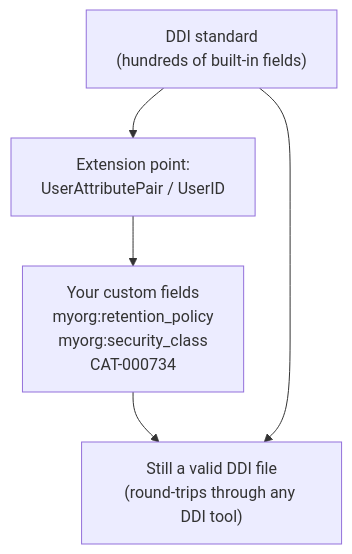
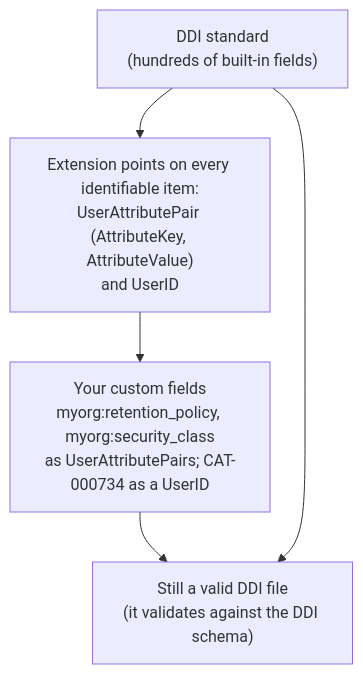
Before and after one commit to pbisson44/ddi-l: the diagram in docs/curriculum/module-14-custom-fields.en.md, drawn with Mermaid. The commit also changed other lines of this file and 597 other files, not shown here.

````diff
--- a/docs/curriculum/module-14-custom-fields.en.md
+++ b/docs/curriculum/module-14-custom-fields.en.md
@@ -293,12 +90,12 @@
 ```mermaid
 flowchart TD
     STD["DDI standard\n(hundreds of built-in fields)"]
-    EXT["Extension point:\nUserAttributePair / UserID"]
-    ORG["Your custom fields\nmyorg:retention_policy\nmyorg:security_class\nCAT-000734"]
-    FILE["Still a valid DDI file\n(round-trips through any DDI tool)"]
+    EXT["Extension points on every identifiable item:\nUserAttributePair (AttributeKey, AttributeValue)\nand UserID"]
+    ORG["Your custom fields\nmyorg:retention_policy, myorg:security_class\nas UserAttributePairs; CAT-000734 as a UserID"]
+    FILE["Still a valid DDI file\n(it validates against the DDI schema)"]
 
     STD --> EXT
     EXT --> ORG
     ORG --> FILE
     STD --> FILE
 ```
````
